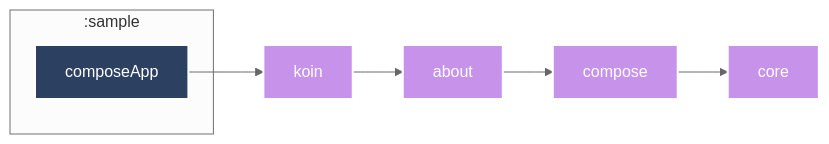
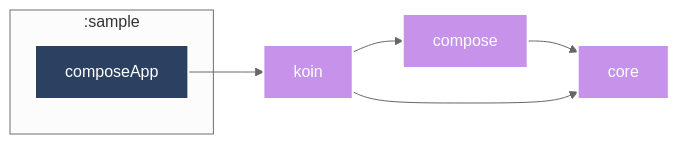
Before and after one commit to yasanglass/toolkit: the diagram in kotlin-multiplatform/README.md, drawn with Mermaid. The commit also changed 31 other files, not shown here.

````diff
--- a/kotlin-multiplatform/README.md
+++ b/kotlin-multiplatform/README.md
@@ -3,33 +3,30 @@
 ```mermaid
 %%{
   init: {
     'theme': 'neutral'
   }
 }%%
 
 graph LR
-  :about["about"]
-  :compose["compose"]
   :compose["compose"]
   :core["core"]
   :koin["koin"]
-  :about["about"]
+  :compose["compose"]
   :koin["koin"]
   subgraph :sample
     :sample:composeApp["composeApp"]
   end
 
-  :about --> :compose
   :compose --> :core
-  :koin --> :about
+  :koin --> :compose
+  :koin --> :core
   :sample:composeApp --> :koin
 
 classDef kotlin-multiplatform fill:#C792EA,stroke:#fff,stroke-width:2px,color:#fff;
 classDef android-application fill:#2C4162,stroke:#fff,stroke-width:2px,color:#fff;
-class :about kotlin-multiplatform
 class :compose kotlin-multiplatform
 class :core kotlin-multiplatform
 class :koin kotlin-multiplatform
 class :sample:composeApp android-application
 
 ```
````
